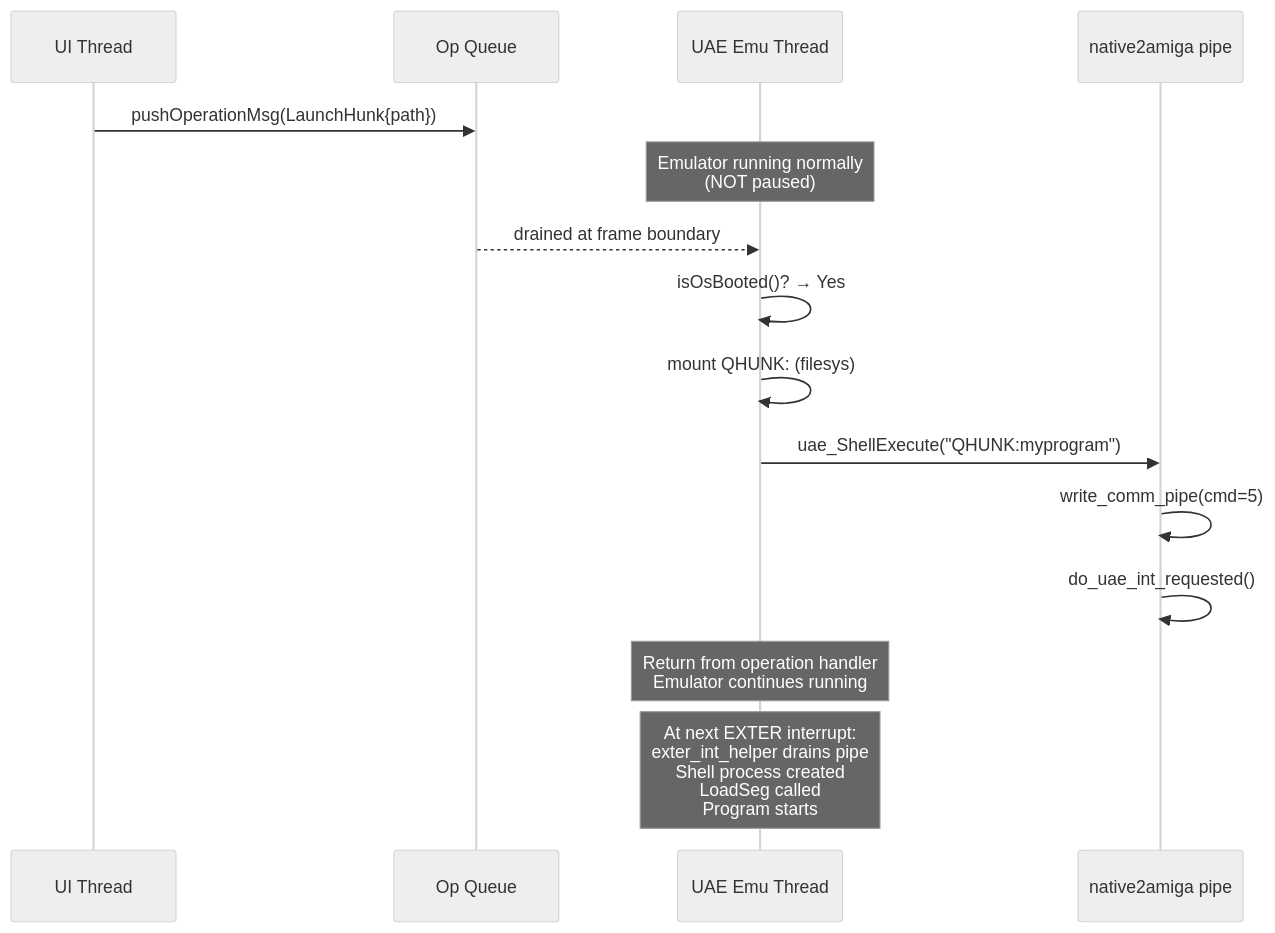
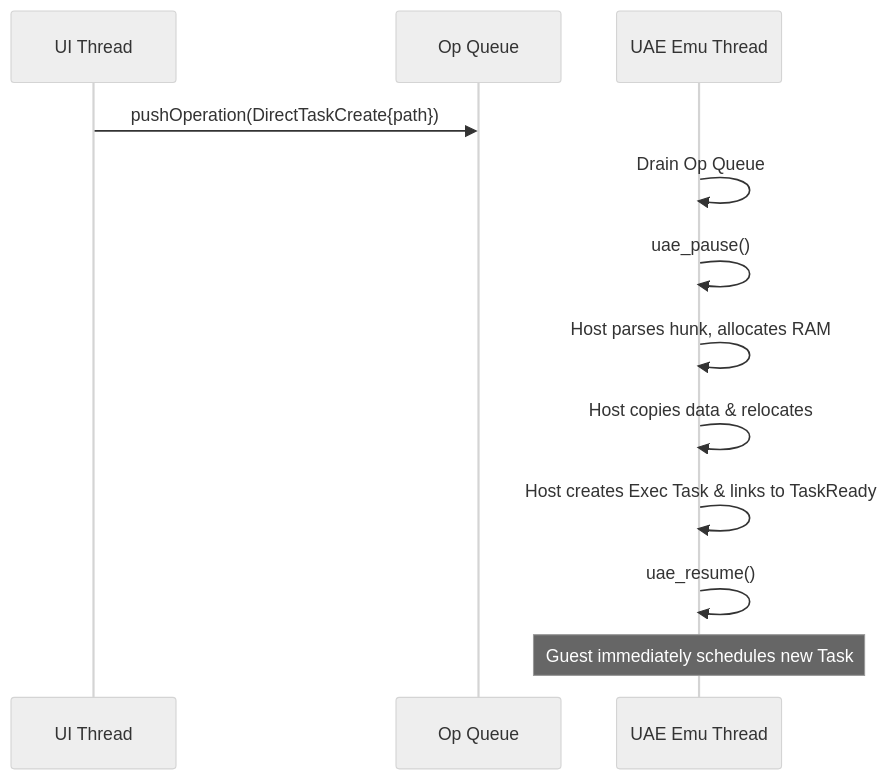
The seventh of 11 diagrams in doc/hunk_launcher_design.md (alfishe/quaesar-ng), drawn with Mermaid (neutral theme) before and after one commit. The commit also changed other lines of this file and 7 other files, not shown here.

````diff
--- a/doc/hunk_launcher_design.md
+++ b/doc/hunk_launcher_design.md
@@ -795,20 +566,15 @@
 ```mermaid
 sequenceDiagram
     participant UI as UI Thread
     participant Op as Op Queue
     participant Emu as UAE Emu Thread
-    participant N2A as native2amiga pipe
-
-    UI->>Op: pushOperationMsg(LaunchHunk{path})
-    Note over Emu: Emulator running normally<br/>(NOT paused)
-
-    Op-->>Emu: drained at frame boundary
-    Emu->>Emu: isOsBooted()? → Yes
-    Emu->>Emu: mount QHUNK: (filesys)
-    Emu->>N2A: uae_ShellExecute("QHUNK:myprogram")
-    N2A->>N2A: write_comm_pipe(cmd=5)
-    N2A->>N2A: do_uae_int_requested()
-    Note over Emu: Return from operation handler<br/>Emulator continues running
-
-    Note over Emu: At next EXTER interrupt:<br/>exter_int_helper drains pipe<br/>Shell process created<br/>LoadSeg called<br/>Program starts
+    
+    UI->>Op: pushOperation(DirectTaskCreate{path})
+    Emu->>Emu: Drain Op Queue
+    Emu->>Emu: uae_pause()
+    Emu->>Emu: Host parses hunk, allocates RAM
+    Emu->>Emu: Host copies data & relocates
+    Emu->>Emu: Host creates Exec Task & links to TaskReady
+    Emu->>Emu: uae_resume()
+    Note over Emu: Guest immediately schedules new Task
 ```
````
